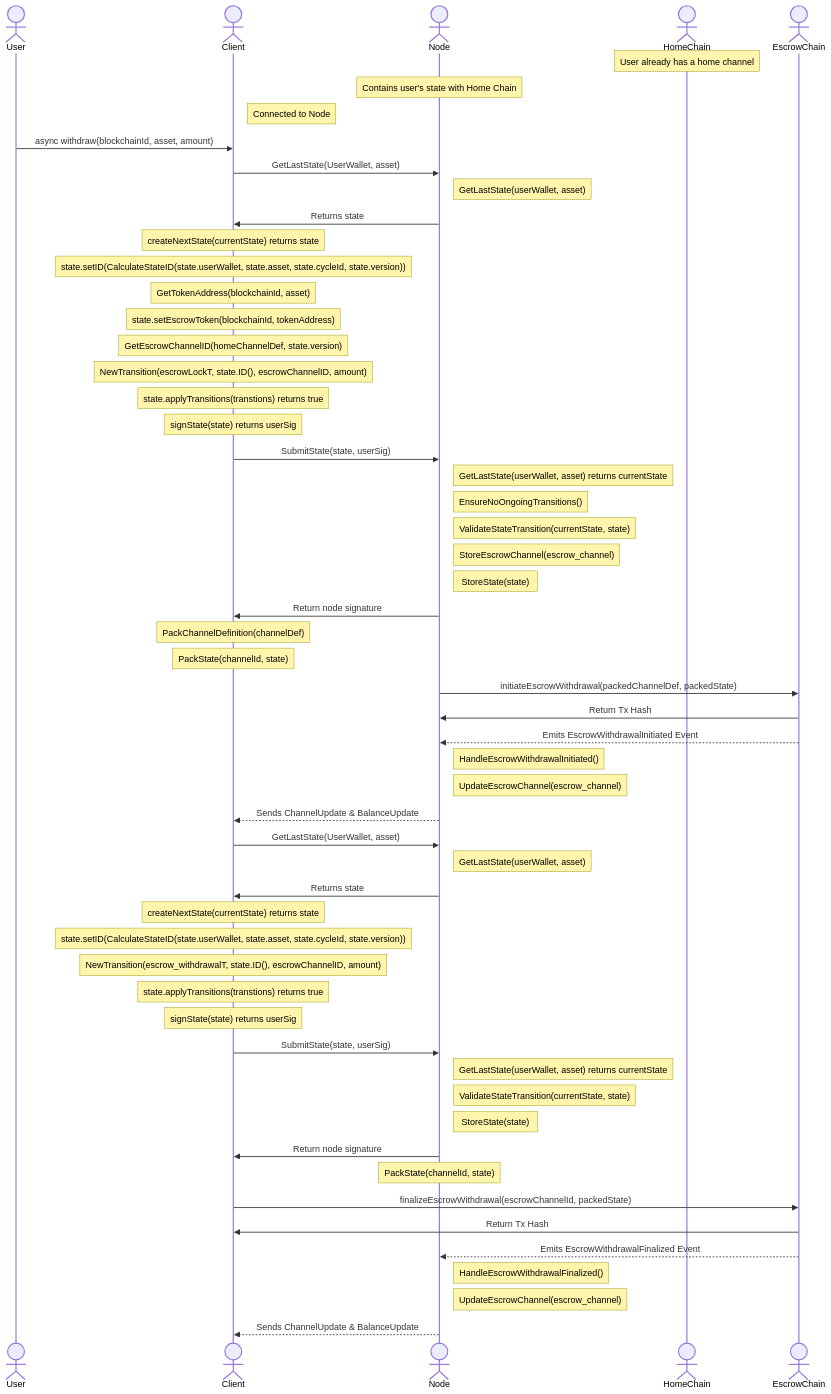
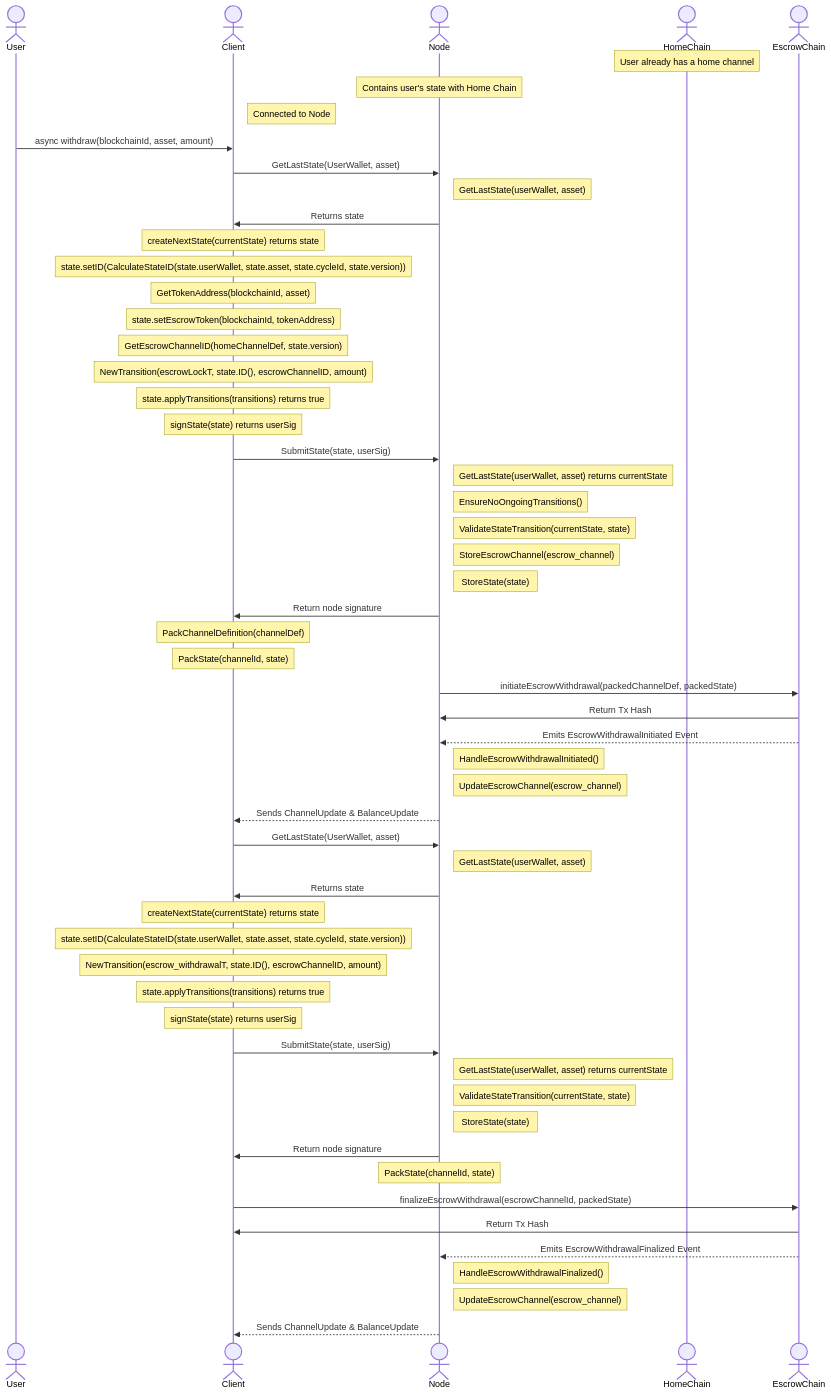
Before and after one commit to erc7824/nitrolite: the diagram in docs/v1/communication_flows/escrow_chan_withdrawal.mmd, drawn with Mermaid. The commit also changed 10 other files, not shown here.

```diff
--- a/docs/v1/communication_flows/escrow_chan_withdrawal.mmd
+++ b/docs/v1/communication_flows/escrow_chan_withdrawal.mmd
@@ -1,61 +1,61 @@
 sequenceDiagram
         actor User
         actor Client
         actor Node
         actor HomeChain
         actor EscrowChain
         Note over HomeChain: User already has a home channel
         Note over Node: Contains user's state with Home Chain 
         Note right of Client: Connected to Node
         User->>Client: async withdraw(blockchainId, asset, amount)
 
         Client->>Node: GetLastState(UserWallet, asset)
         Note right of Node: GetLastState(userWallet, asset)
         Node->>Client: Returns state
         Note over Client: createNextState(currentState) returns state
         Note over Client: state.setID(CalculateStateID(state.userWallet, state.asset, state.cycleId, state.version))
         Note over Client: GetTokenAddress(blockchainId, asset)
         Note over Client: state.setEscrowToken(blockchainId, tokenAddress)
         Note over Client: GetEscrowChannelID(homeChannelDef, state.version)
         Note over Client: NewTransition(escrowLockT, state.ID(), escrowChannelID, amount)
-        Note over Client: state.applyTransitions(transtions) returns true
+        Note over Client: state.applyTransitions(transitions) returns true
         Note over Client: signState(state) returns userSig
 
         Client->>Node: SubmitState(state, userSig)
         Note right of Node: GetLastState(userWallet, asset) returns currentState
         Note right of Node: EnsureNoOngoingTransitions()
         Note right of Node: ValidateStateTransition(currentState, state)
         Note right of Node: StoreEscrowChannel(escrow_channel)
         Note right of Node: StoreState(state)
         Node->>Client: Return node signature
         Note over Client: PackChannelDefinition(channelDef)
         Note over Client: PackState(channelId, state)
         Node->>EscrowChain: initiateEscrowWithdrawal(packedChannelDef, packedState)
         EscrowChain->>Node: Return Tx Hash
         EscrowChain-->>Node: Emits EscrowWithdrawalInitiated Event
         Note right of Node: HandleEscrowWithdrawalInitiated()
         Note right of Node: UpdateEscrowChannel(escrow_channel)
         Node-->>Client: Sends ChannelUpdate & BalanceUpdate
         
         Client->>Node: GetLastState(UserWallet, asset)
         Note right of Node: GetLastState(userWallet, asset)
         Node->>Client: Returns state
         Note over Client: createNextState(currentState) returns state
         Note over Client: state.setID(CalculateStateID(state.userWallet, state.asset, state.cycleId, state.version))
         Note over Client: NewTransition(escrow_withdrawalT, state.ID(), escrowChannelID, amount)
-        Note over Client: state.applyTransitions(transtions) returns true
+        Note over Client: state.applyTransitions(transitions) returns true
         Note over Client: signState(state) returns userSig
 
         Client->>Node: SubmitState(state, userSig)
         Note right of Node: GetLastState(userWallet, asset) returns currentState
         Note right of Node: ValidateStateTransition(currentState, state)
         Note right of Node: StoreState(state)
         Node->>Client: Return node signature
 
         Note over Node: PackState(channelId, state)
         Client->>EscrowChain: finalizeEscrowWithdrawal(escrowChannelId, packedState)
         EscrowChain->>Client: Return Tx Hash
         EscrowChain-->>Node: Emits EscrowWithdrawalFinalized Event
         Note right of Node: HandleEscrowWithdrawalFinalized()
         Note right of Node: UpdateEscrowChannel(escrow_channel)
         Node-->>Client: Sends ChannelUpdate & BalanceUpdate
```
